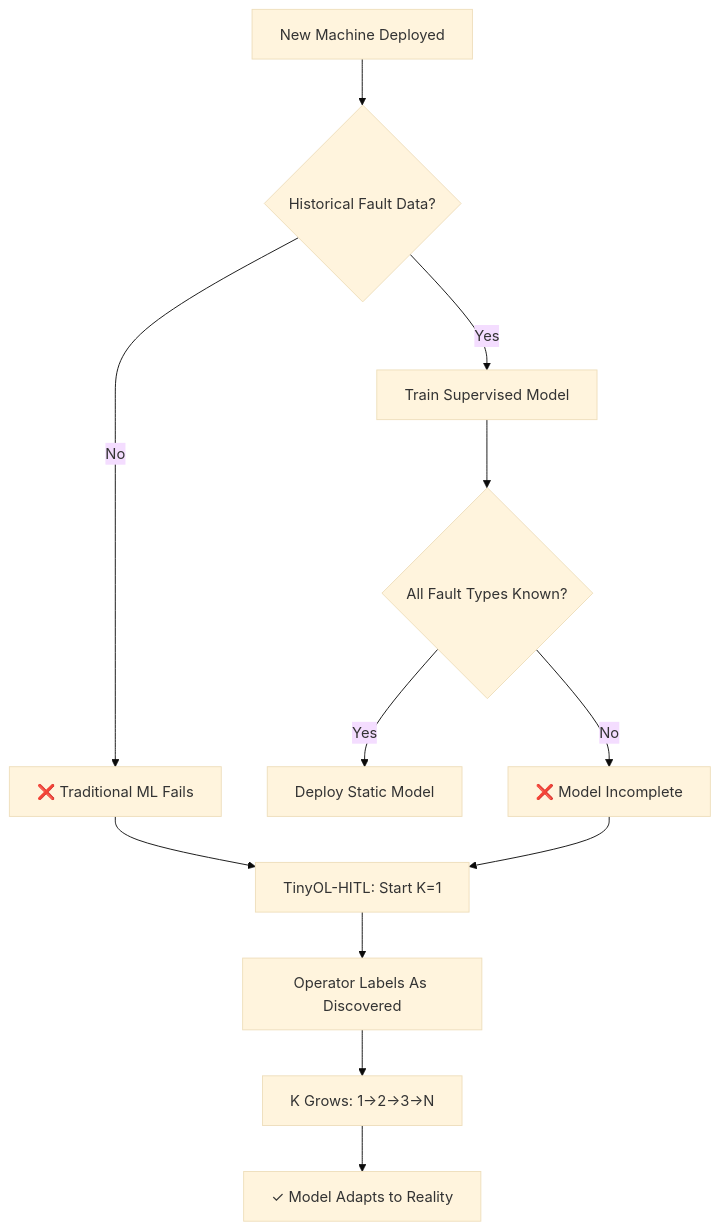
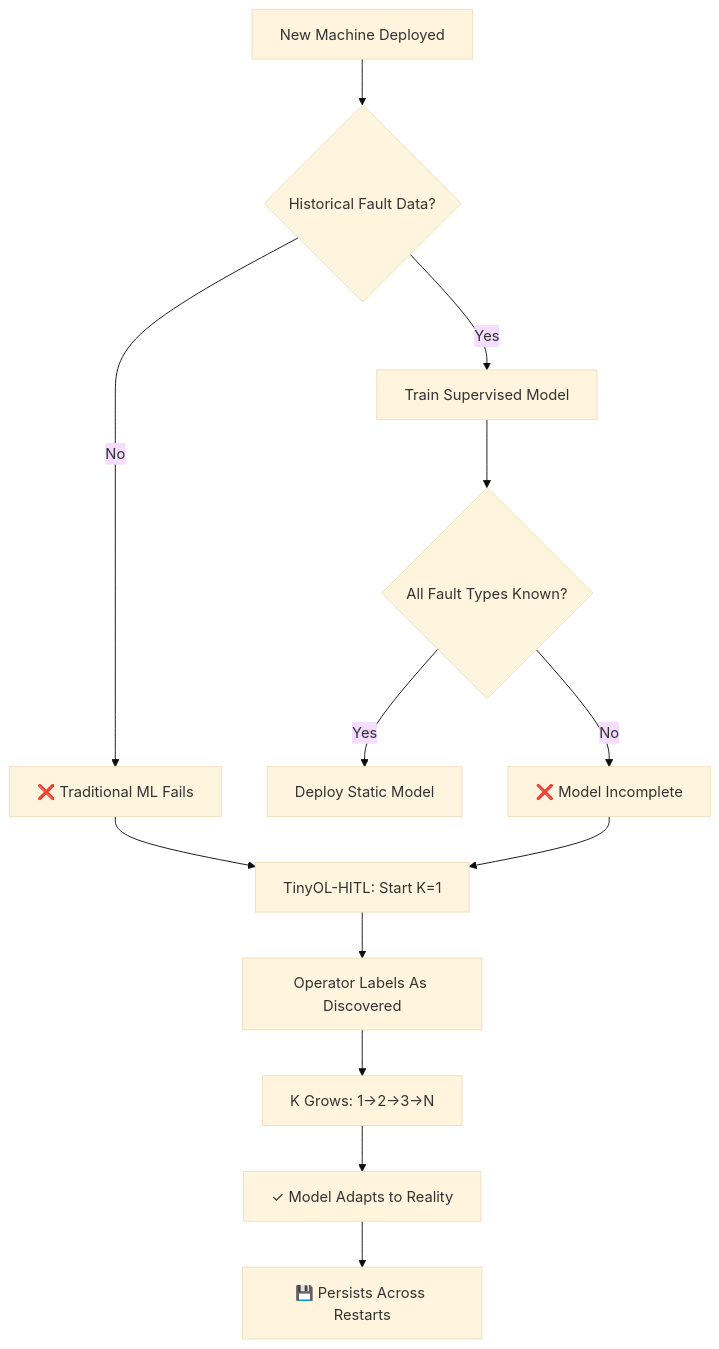
One commit to leekaize/tinyol-hitl changed the second of 8 diagrams in slidev/slides.md. Above: the diagram before and after it, drawn with Mermaid (base theme). The commit also changed other lines of this file and 7 other files, not shown here.

````diff
--- a/slidev/slides.md
+++ b/slidev/slides.md
@@ -109,17 +109,18 @@
 ```mermaid
 flowchart TB
     A[New Machine Deployed] --> B{Historical Fault Data?}
     B -->|Yes| C[Train Supervised Model]
     B -->|No| D[❌ Traditional ML Fails]
 
     C --> E{All Fault Types Known?}
     E -->|Yes| F[Deploy Static Model]
     E -->|No| G[❌ Model Incomplete]
 
     D --> H[TinyOL-HITL: Start K=1]
     G --> H
 
     H --> I[Operator Labels As Discovered]
     I --> J[K Grows: 1→2→3→N]
     J --> K[✓ Model Adapts to Reality]
+    K --> L[💾 Persists Across Restarts]
 ```
````
